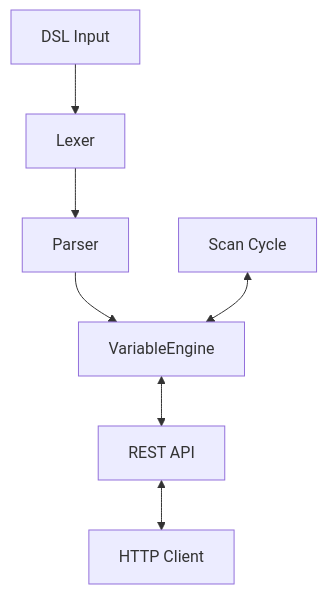
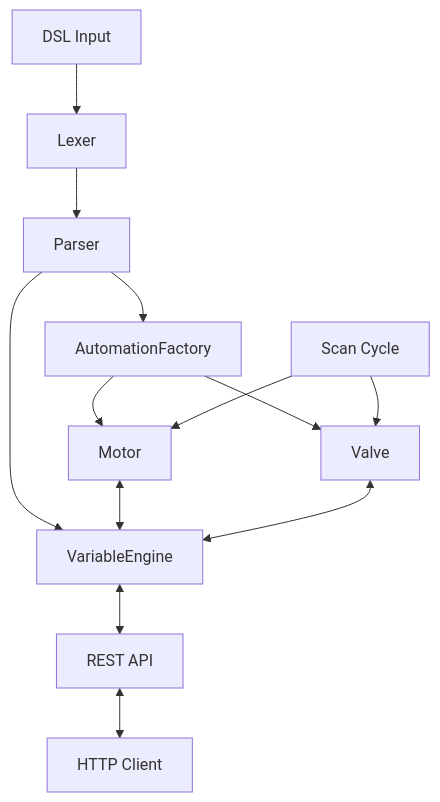
One commit to Gwynspring/axMini changed the diagram in README.md. Above: the diagram before and after it, drawn with Mermaid. The commit also changed other lines of this file, not shown here.

````diff
--- a/README.md
+++ b/README.md
@@ -9,9 +11,15 @@
 ```mermaid
 graph TD
     DSL_Input[DSL Input] --> Lexer
     Lexer --> Parser
     Parser --> VariableEngine
+    Parser --> AutomationFactory
+    AutomationFactory --> Motor
+    AutomationFactory --> Valve
+    Motor <--> VariableEngine
+    Valve <--> VariableEngine
     VariableEngine <--> REST_API[REST API]
-    Scan_Cycle[Scan Cycle] <--> VariableEngine
+    Scan_Cycle[Scan Cycle] --> Valve
+    Scan_Cycle[Scan Cycle] --> Motor
     REST_API <--> HTTP_Client[HTTP Client]
 ```
````
